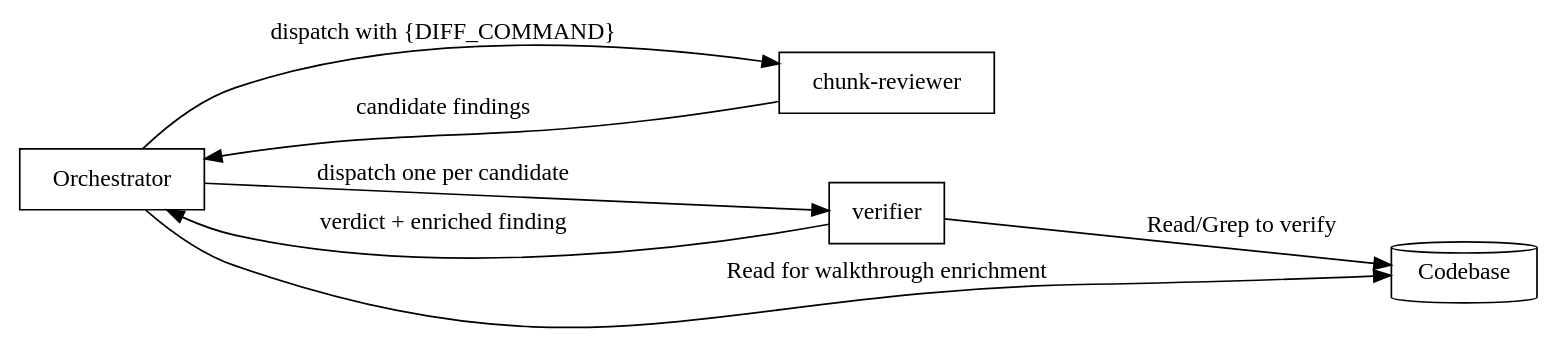
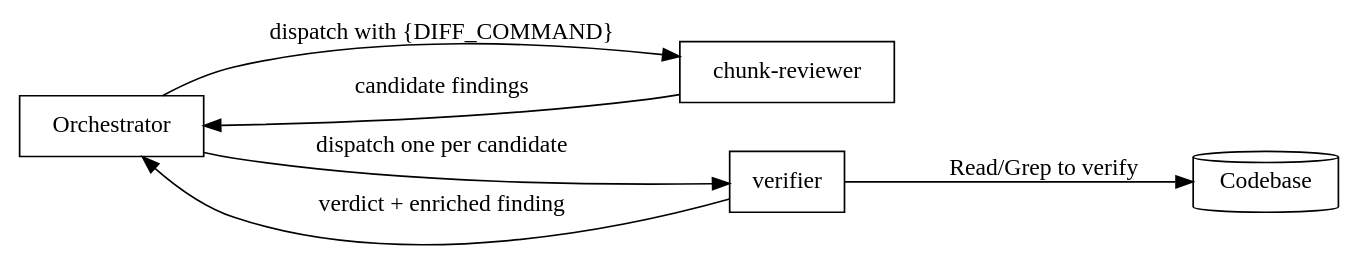
The diagram in skills/code-review/SKILL.md (toongri/oh-my-toong-playground), drawn with Graphviz before and after one commit. The commit also changed other lines of this file, not shown here.

````diff
--- a/skills/code-review/SKILL.md
+++ b/skills/code-review/SKILL.md
@@ -53,15 +52,14 @@
 ```dot
 digraph role_separation {
     rankdir=LR;
     "Orchestrator" [shape=box];
     "chunk-reviewer" [shape=box];
     "verifier" [shape=box];
     "Codebase" [shape=cylinder];
     "Orchestrator" -> "chunk-reviewer" [label="dispatch with {DIFF_COMMAND}"];
     "chunk-reviewer" -> "Orchestrator" [label="candidate findings"];
     "Orchestrator" -> "verifier" [label="dispatch one per candidate"];
     "verifier" -> "Codebase" [label="Read/Grep to verify"];
     "verifier" -> "Orchestrator" [label="verdict + enriched finding"];
-    "Orchestrator" -> "Codebase" [label="Read for walkthrough enrichment"];
 }
 ```
````
